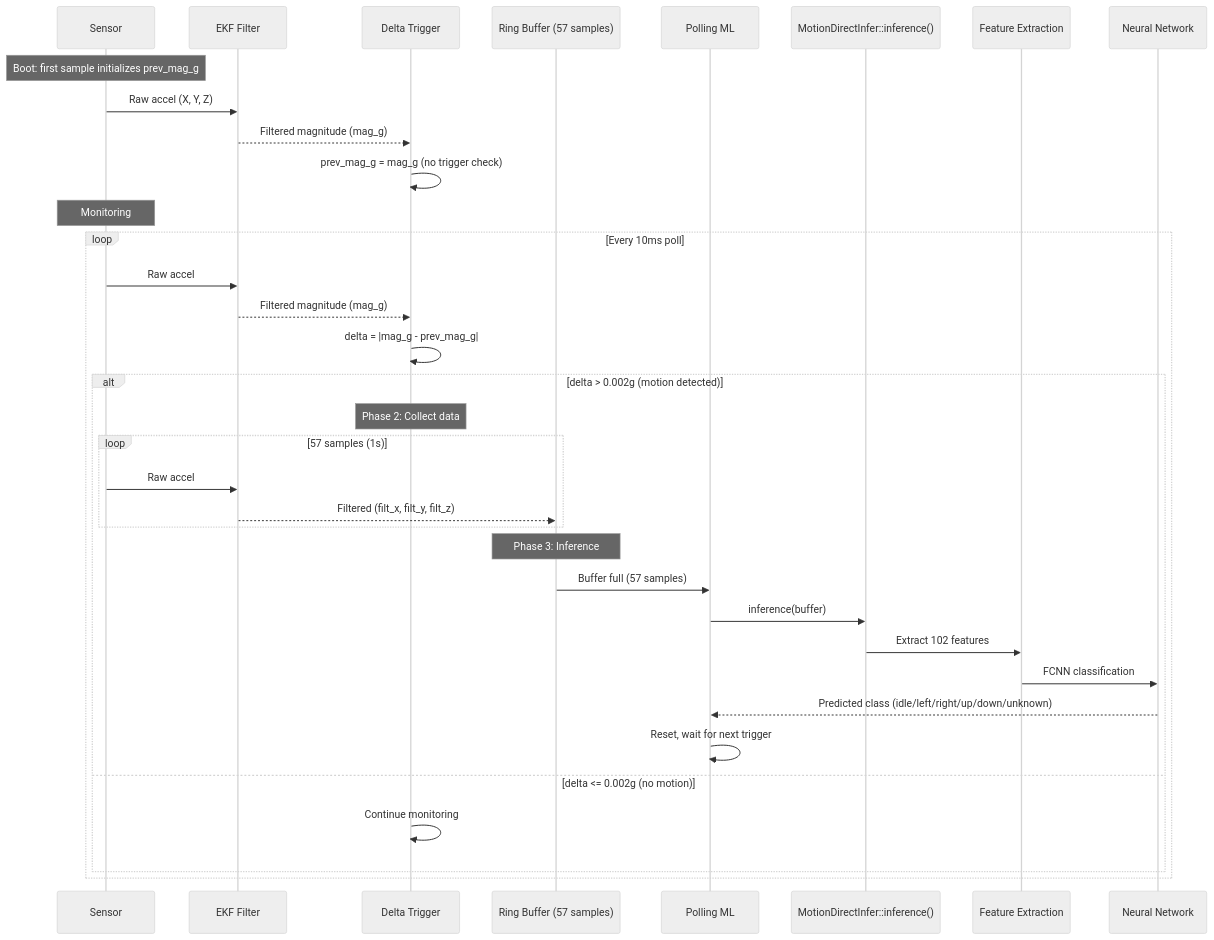
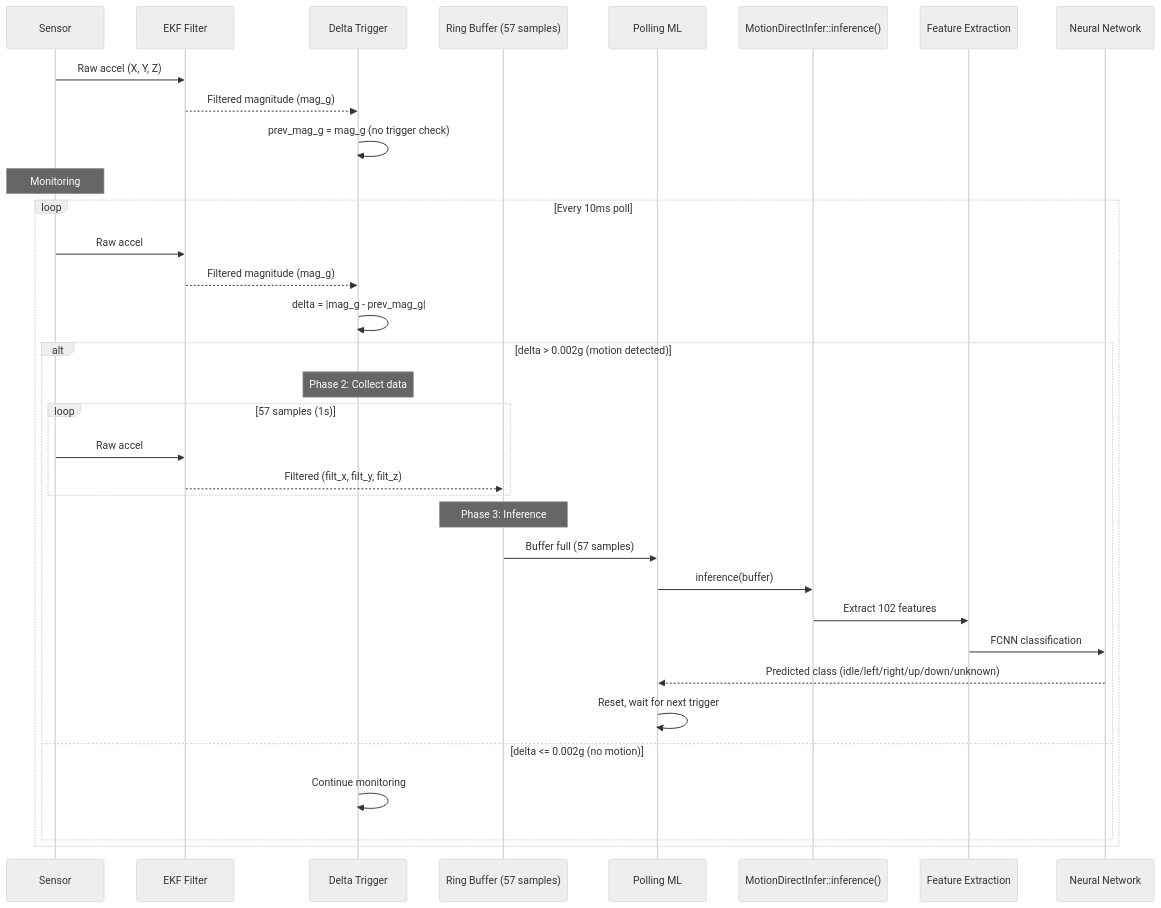
Before and after one commit to dovantuan02/ak-tinyML: the diagram in application/sources/app/nn/docs/Readme.md, drawn with Mermaid (neutral theme). The commit also changed other lines of this file, not shown here.

````diff
--- a/application/sources/app/nn/docs/Readme.md
+++ b/application/sources/app/nn/docs/Readme.md
@@ -153,41 +149,40 @@
 ```mermaid
 sequenceDiagram
     participant Sensor
     participant EKF as EKF Filter
     participant Trig as Delta Trigger
     participant RB as Ring Buffer (57 samples)
     participant Task as Polling ML
     participant Infer as MotionDirectInfer::inference()
     participant DSP as Feature Extraction
     participant NN as Neural Network
 
-    Note over Sensor: Boot: first sample initializes prev_mag_g
     Sensor->>EKF: Raw accel (X, Y, Z)
     EKF-->>Trig: Filtered magnitude (mag_g)
     Trig->>Trig: prev_mag_g = mag_g (no trigger check)
 
     Note over Sensor: Monitoring
     loop Every 10ms poll
         Sensor->>EKF: Raw accel
         EKF-->>Trig: Filtered magnitude (mag_g)
         Trig->>Trig: delta = |mag_g - prev_mag_g|
 
         alt delta > 0.002g (motion detected)
             Note over Trig: Phase 2: Collect data
             loop 57 samples (1s)
                 Sensor->>EKF: Raw accel
                 EKF-->>RB: Filtered (filt_x, filt_y, filt_z)
             end
 
             Note over RB: Phase 3: Inference
             RB->>Task: Buffer full (57 samples)
             Task->>Infer: inference(buffer)
             Infer->>DSP: Extract 102 features
             DSP->>NN: FCNN classification
             NN-->>Task: Predicted class (idle/left/right/up/down/unknown)
             Task->>Task: Reset, wait for next trigger
         else delta <= 0.002g (no motion)
             Trig->>Trig: Continue monitoring
         end
     end
 ```
````
